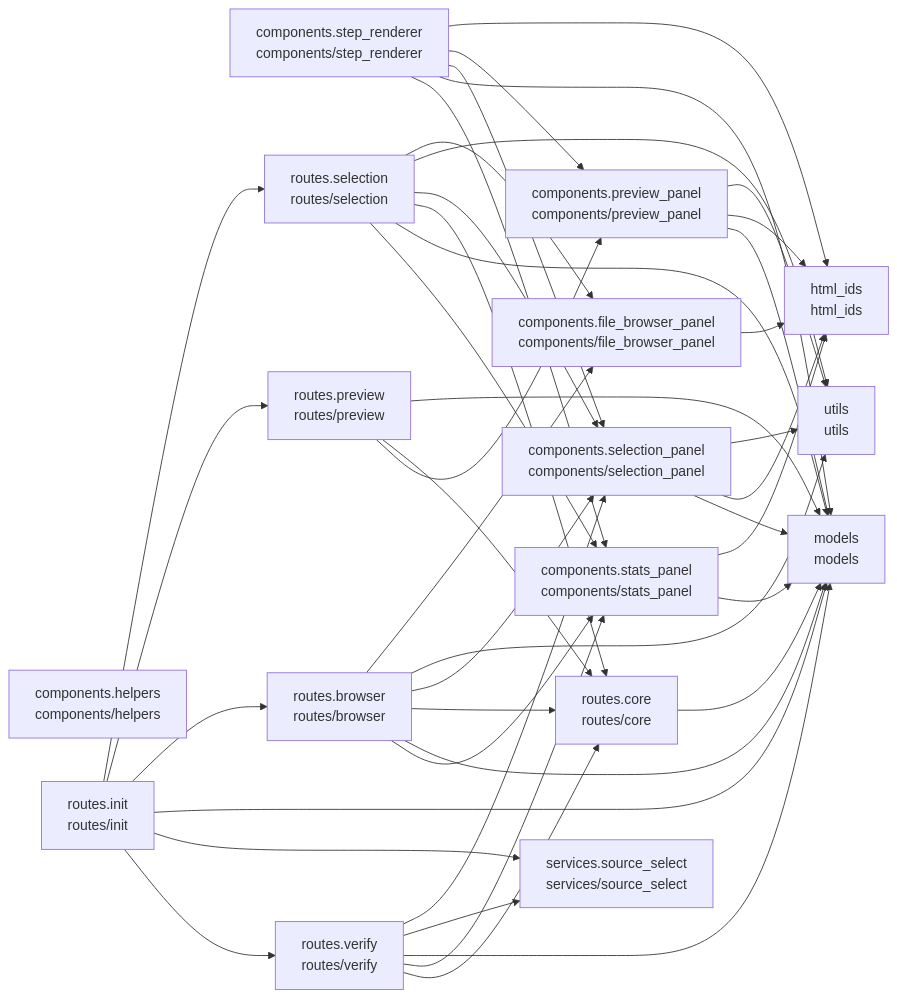
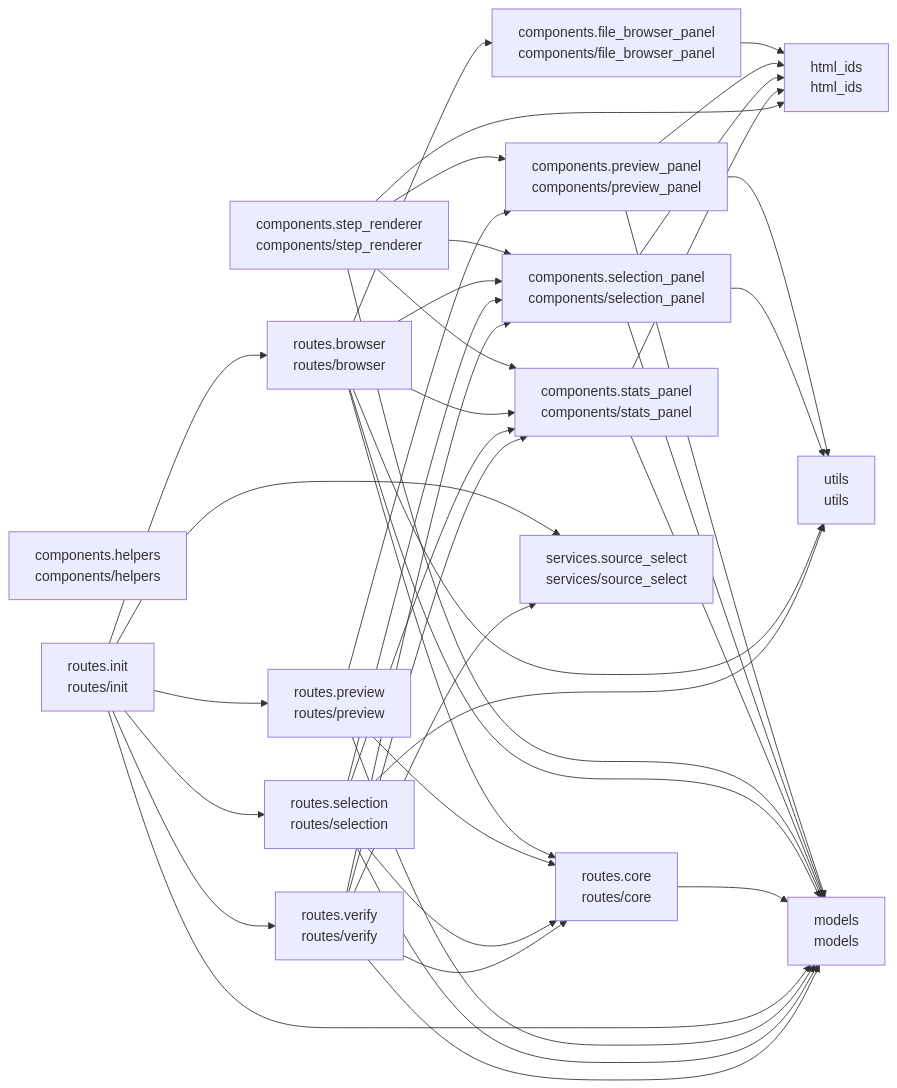
Before and after one commit to cj-mills/cjm-transcription-source-select: the diagram in README.md, drawn with Mermaid. The commit also changed other lines of this file and 5 other files, not shown here.

Commit message:
Replace sync_browser_selection with update_selection_oobs for combined selection sync and targeted checkbox OOB rendering.

````diff
--- a/README.md
+++ b/README.md
@@ -39,61 +39,60 @@
 ``` mermaid
 graph LR
     components_file_browser_panel[components.file_browser_panel<br/>components/file_browser_panel]
     components_helpers[components.helpers<br/>components/helpers]
     components_preview_panel[components.preview_panel<br/>components/preview_panel]
     components_selection_panel[components.selection_panel<br/>components/selection_panel]
     components_stats_panel[components.stats_panel<br/>components/stats_panel]
     components_step_renderer[components.step_renderer<br/>components/step_renderer]
     html_ids[html_ids<br/>html_ids]
     models[models<br/>models]
     routes_browser[routes.browser<br/>routes/browser]
     routes_core[routes.core<br/>routes/core]
     routes_init[routes.init<br/>routes/init]
     routes_preview[routes.preview<br/>routes/preview]
     routes_selection[routes.selection<br/>routes/selection]
     routes_verify[routes.verify<br/>routes/verify]
     services_source_select[services.source_select<br/>services/source_select]
     utils[utils<br/>utils]
 
     components_file_browser_panel --> html_ids
+    components_preview_panel --> html_ids
     components_preview_panel --> models
-    components_preview_panel --> html_ids
     components_preview_panel --> utils
     components_selection_panel --> models
     components_selection_panel --> html_ids
     components_selection_panel --> utils
     components_stats_panel --> models
     components_stats_panel --> html_ids
-    components_step_renderer --> components_stats_panel
     components_step_renderer --> models
+    components_step_renderer --> html_ids
     components_step_renderer --> components_selection_panel
     components_step_renderer --> components_preview_panel
-    components_step_renderer --> html_ids
-    routes_browser --> components_stats_panel
+    components_step_renderer --> components_stats_panel
+    routes_browser --> routes_core
     routes_browser --> models
-    routes_browser --> routes_core
+    routes_browser --> components_file_browser_panel
     routes_browser --> components_selection_panel
     routes_browser --> utils
-    routes_browser --> components_file_browser_panel
+    routes_browser --> components_stats_panel
     routes_core --> models
-    routes_init --> routes_verify
-    routes_init --> services_source_select
-    routes_init --> models
     routes_init --> routes_browser
     routes_init --> routes_preview
+    routes_init --> routes_verify
+    routes_init --> models
+    routes_init --> services_source_select
     routes_init --> routes_selection
     routes_preview --> components_preview_panel
     routes_preview --> routes_core
     routes_preview --> models
-    routes_selection --> components_stats_panel
+    routes_selection --> routes_core
     routes_selection --> models
-    routes_selection --> routes_core
     routes_selection --> components_selection_panel
     routes_selection --> utils
-    routes_selection --> components_file_browser_panel
+    routes_selection --> components_stats_panel
     routes_verify --> routes_core
-    routes_verify --> components_stats_panel
     routes_verify --> models
     routes_verify --> services_source_select
     routes_verify --> components_selection_panel
+    routes_verify --> components_stats_panel
 ```
````
